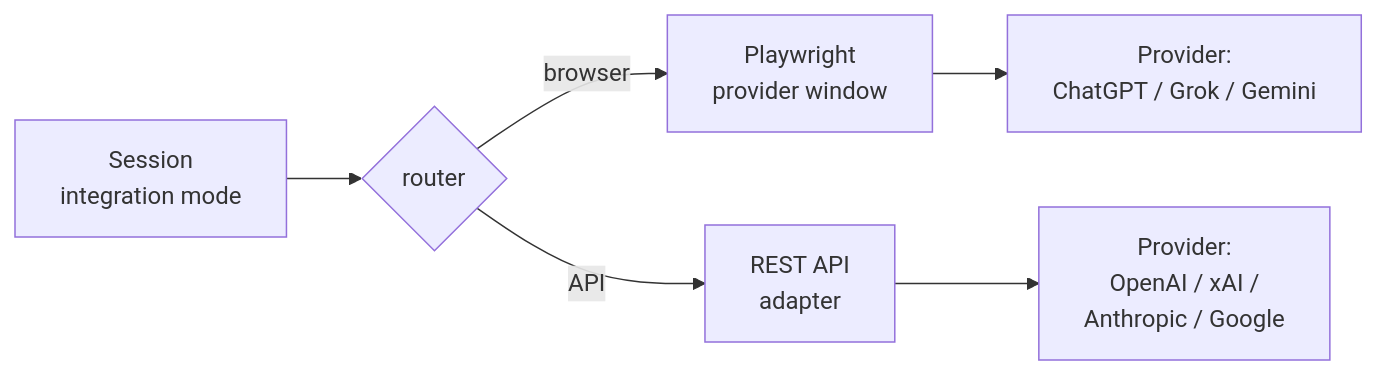
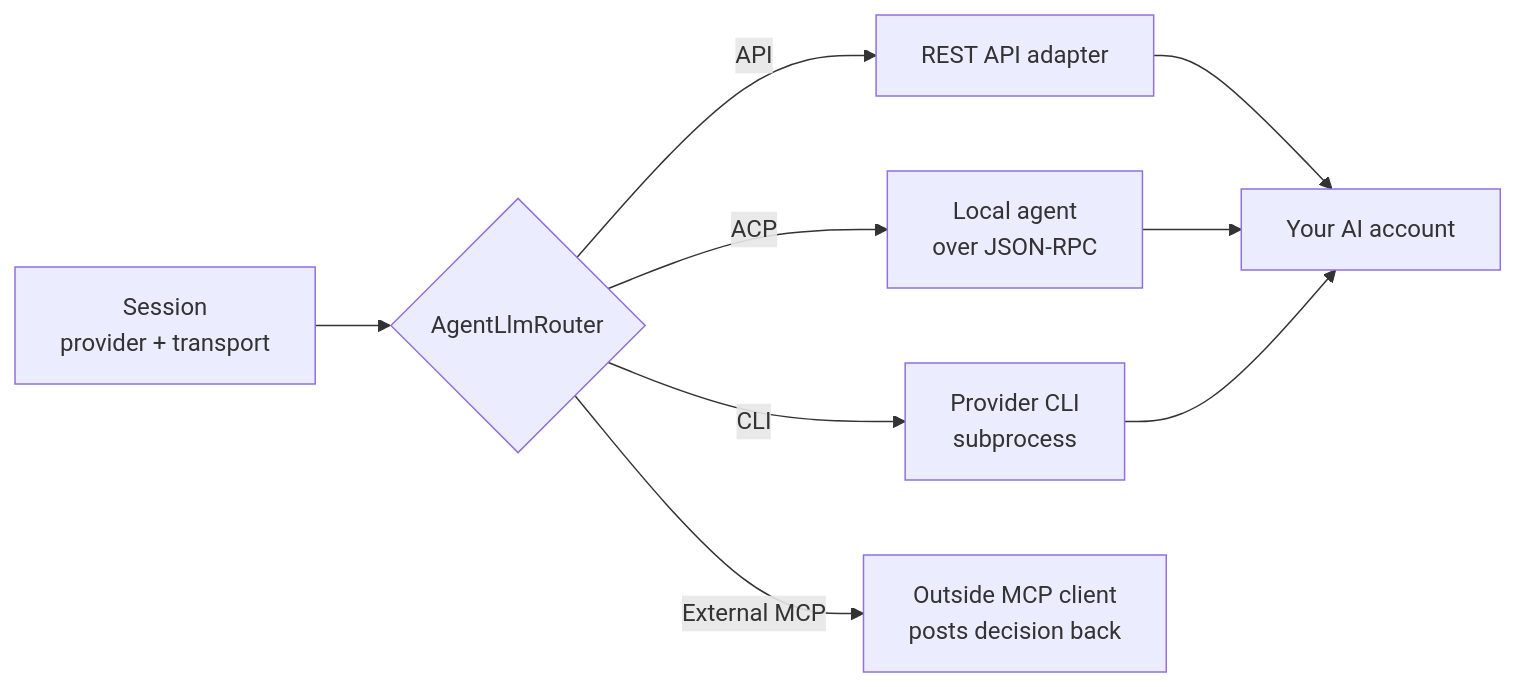
Before and after one commit to simeon-vanov/cortiq-public: the diagram in src/content/docs/ai-providers.md, drawn with Mermaid. The commit also changed other lines of this file and 65 other files, not shown here.

````diff
--- a/src/content/docs/ai-providers.md
+++ b/src/content/docs/ai-providers.md
@@ -23,8 +92,11 @@
 ```mermaid
 flowchart LR
-  S[Session<br/>integration mode] --> R{router}
-  R -->|browser| BR[Playwright<br/>provider window]
-  R -->|API| AP[REST API<br/>adapter]
-  BR --> P[Provider:<br/>ChatGPT / Grok / Gemini]
-  AP --> P2[Provider:<br/>OpenAI / xAI /<br/>Anthropic / Google]
+  S[Session<br/>provider + transport] --> R{AgentLlmRouter}
+  R -->|API| AP[REST API adapter]
+  R -->|ACP| AC[Local agent<br/>over JSON-RPC]
+  R -->|CLI| CL[Provider CLI<br/>subprocess]
+  R -->|External MCP| EX[Outside MCP client<br/>posts decision back]
+  AP --> P[Your AI account]
+  AC --> P
+  CL --> P
 ```
````
